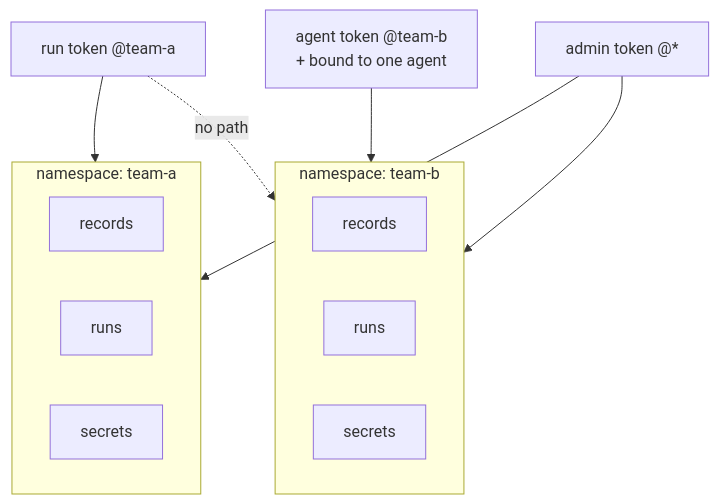
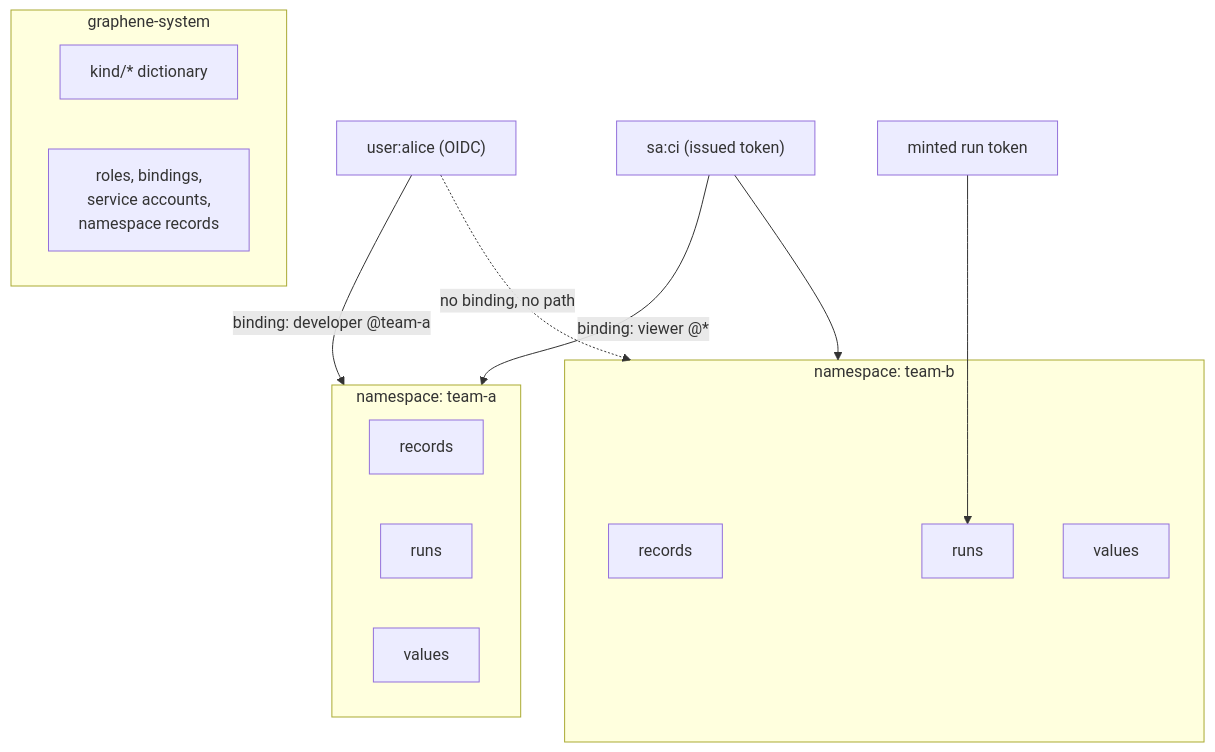
Before and after one commit to graphene-ci/docs: the diagram in docs/concepts/namespaces.md, drawn with Mermaid. The commit also changed other lines of this file and 6 other files, not shown here.

````diff
--- a/docs/concepts/namespaces.md
+++ b/docs/concepts/namespaces.md
@@ -22,18 +43,22 @@
 ```mermaid
 flowchart TD
+    subgraph SYS["graphene-system"]
+      K["kind/* dictionary"]
+      RB["roles, bindings,<br/>service accounts,<br/>namespace records"]
+    end
     subgraph NS1["namespace: team-a"]
       R1["records"]
       RUN1["runs"]
-      S1["secrets"]
+      V1["values"]
     end
     subgraph NS2["namespace: team-b"]
       R2["records"]
       RUN2["runs"]
-      S2["secrets"]
+      V2["values"]
     end
-    T1["run token @team-a"] --> NS1
-    T2["agent token @team-b<br/>+ bound to one agent"] --> NS2
-    TA["admin token @*"] --> NS1
-    TA --> NS2
-    T1 -.->|"no path"| NS2
+    U["user:alice (OIDC)"] -->|"binding: developer @team-a"| NS1
+    SA["sa:ci (issued token)"] -->|"binding: viewer @*"| NS1
+    SA --> NS2
+    RT["minted run token"] --> RUN2
+    U -.->|"no binding, no path"| NS2
 ```
````
